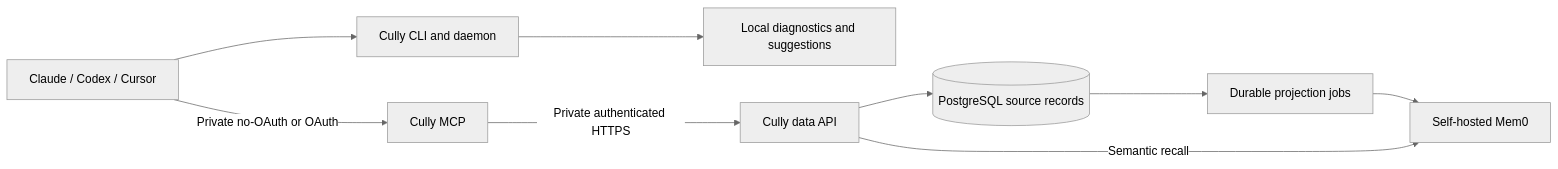
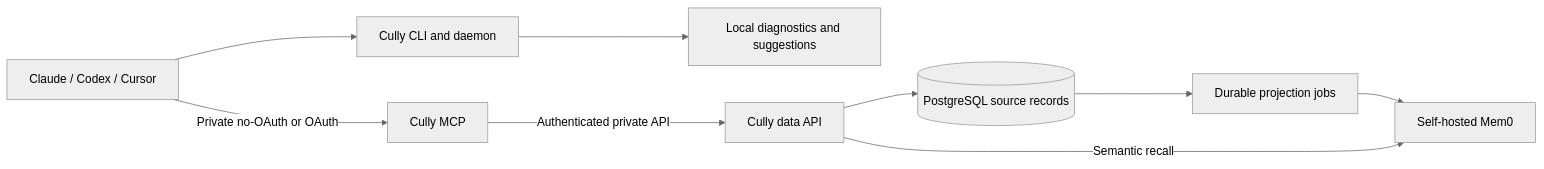
Before and after one commit to 72sevenzy2/cully: the diagram in docs/architecture.md, drawn with Mermaid (neutral theme). The commit also changed other lines of this file and 14 other files, not shown here.

````diff
--- a/docs/architecture.md
+++ b/docs/architecture.md
@@ -5,11 +5,11 @@
 ```mermaid
 flowchart LR
   A[Claude / Codex / Cursor] --> L[Cully CLI and daemon]
   L --> S[Local diagnostics and suggestions]
   A -->|Private no-OAuth or OAuth| M[Cully MCP]
-  M -->|Private authenticated HTTPS| D[Cully data API]
+  M -->|Authenticated private API| D[Cully data API]
   D --> P[(PostgreSQL source records)]
   P --> Q[Durable projection jobs]
   Q --> F[Self-hosted Mem0]
   D -->|Semantic recall| F
 ```
````
